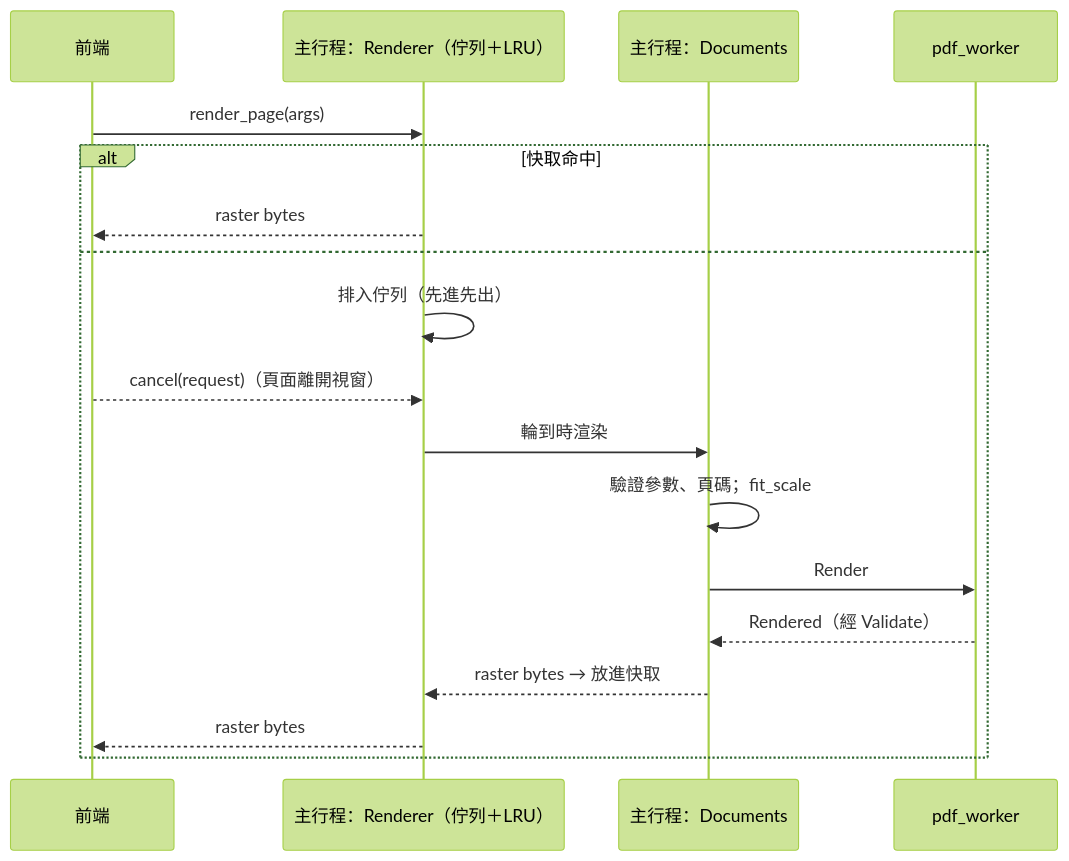
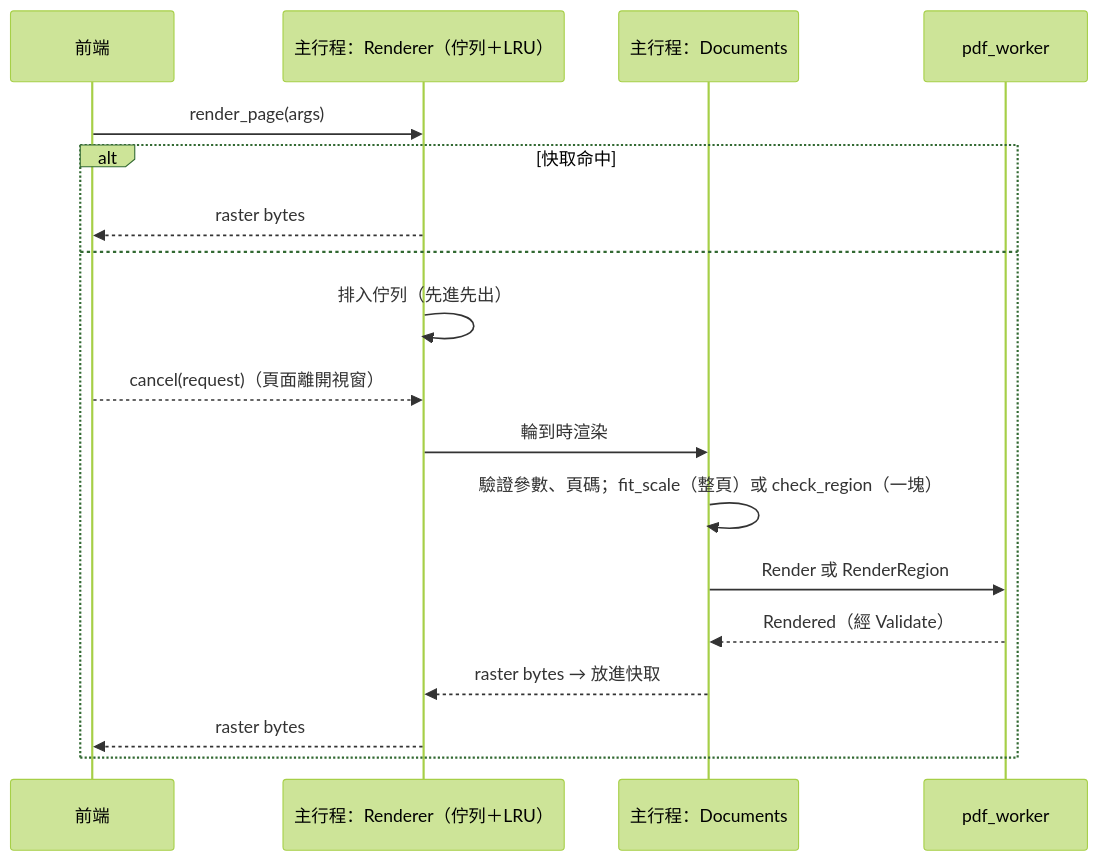
The diagram in docs/architecture/rendering.md (winner0988/Pdf-reader), drawn with Mermaid (forest theme) before and after one commit. The commit also changed other lines of this file and 23 other files, not shown here.

````diff
--- a/docs/architecture/rendering.md
+++ b/docs/architecture/rendering.md
@@ -7,20 +7,20 @@
 ```mermaid
 sequenceDiagram
   participant UI as 前端
   participant Q as 主行程：Renderer（佇列＋LRU）
   participant D as 主行程：Documents
   participant W as pdf_worker
   UI->>Q: render_page(args)
   alt 快取命中
     Q-->>UI: raster bytes
   else
     Q->>Q: 排入佇列（先進先出）
     UI-->>Q: cancel(request)（頁面離開視窗）
     Q->>D: 輪到時渲染
-    D->>D: 驗證參數、頁碼；fit_scale
-    D->>W: Render
+    D->>D: 驗證參數、頁碼；fit_scale（整頁）或 check_region（一塊）
+    D->>W: Render 或 RenderRegion
     W-->>D: Rendered（經 Validate）
     D-->>Q: raster bytes → 放進快取
     Q-->>UI: raster bytes
   end
 ```
````
